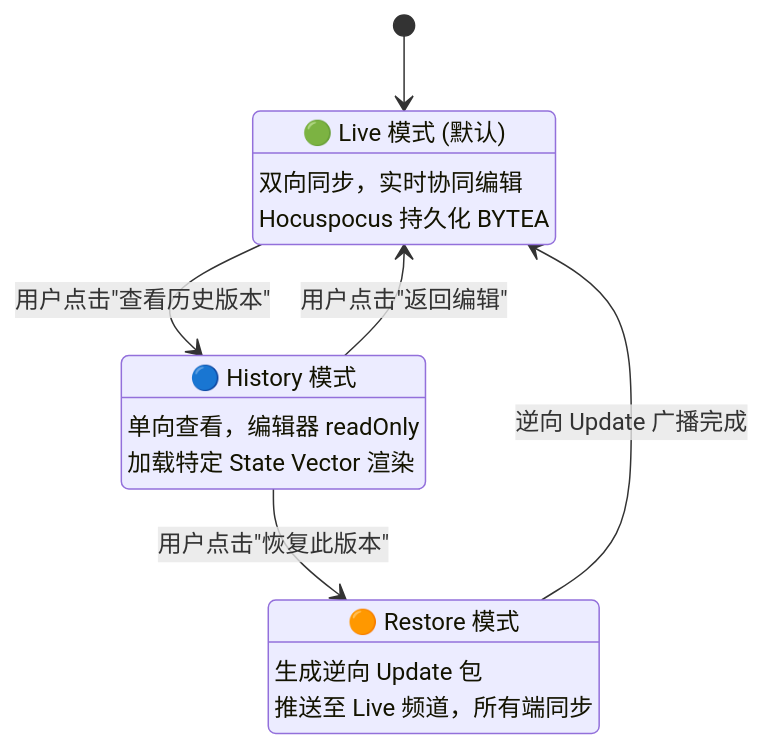
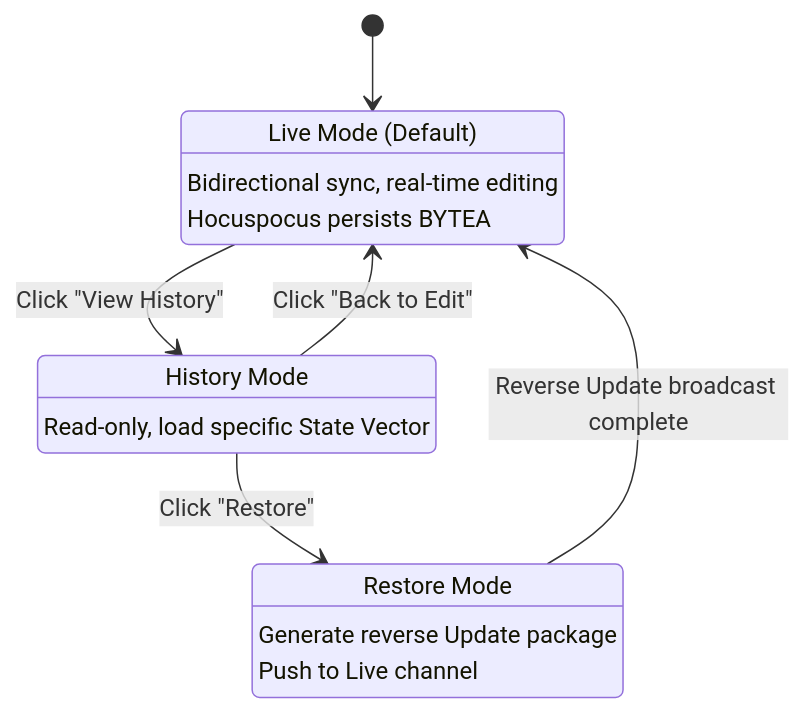
One commit to monazite1s/SyncDoc changed the sixth of 12 diagrams in README.md. Above: the diagram before and after it, drawn with Mermaid. The commit also changed other lines of this file and 112 other files, not shown here.

````diff
--- a/README.md
+++ b/README.md
@@ -262,21 +449,20 @@
 ```mermaid
 stateDiagram-v2
     [*] --> Live
 
-    Live: 🟢 Live 模式 (默认)
-    Live: 双向同步，实时协同编辑
-    Live: Hocuspocus 持久化 BYTEA
+    Live: Live Mode (Default)
+    Live: Bidirectional sync, real-time editing
+    Live: Hocuspocus persists BYTEA
 
-    History: 🔵 History 模式
-    History: 单向查看，编辑器 readOnly
-    History: 加载特定 State Vector 渲染
+    History: History Mode
+    History: Read-only, load specific State Vector
 
-    Restore: 🟠 Restore 模式
-    Restore: 生成逆向 Update 包
-    Restore: 推送至 Live 频道，所有端同步
+    Restore: Restore Mode
+    Restore: Generate reverse Update package
+    Restore: Push to Live channel
 
-    Live --> History: 用户点击"查看历史版本"
-    History --> Live: 用户点击"返回编辑"
-    History --> Restore: 用户点击"恢复此版本"
-    Restore --> Live: 逆向 Update 广播完成
+    Live --> History: Click "View History"
+    History --> Live: Click "Back to Edit"
+    History --> Restore: Click "Restore"
+    Restore --> Live: Reverse Update broadcast complete
 ```
````
